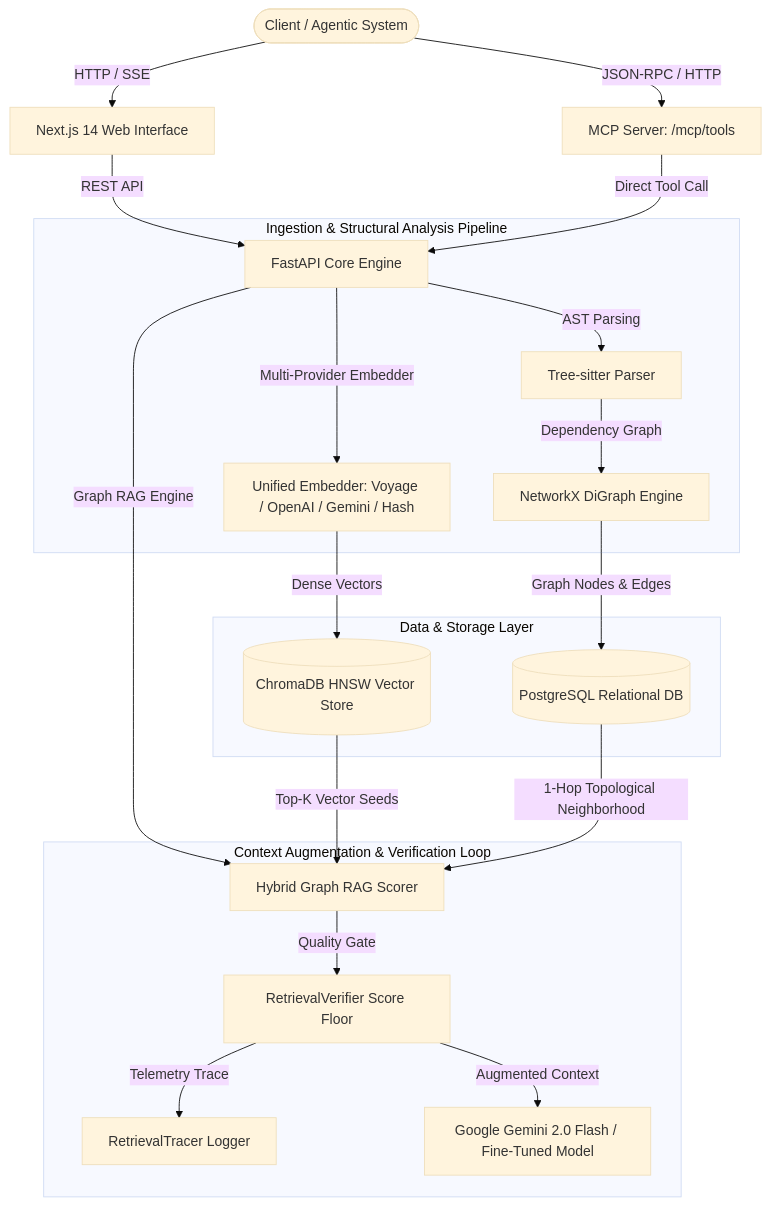
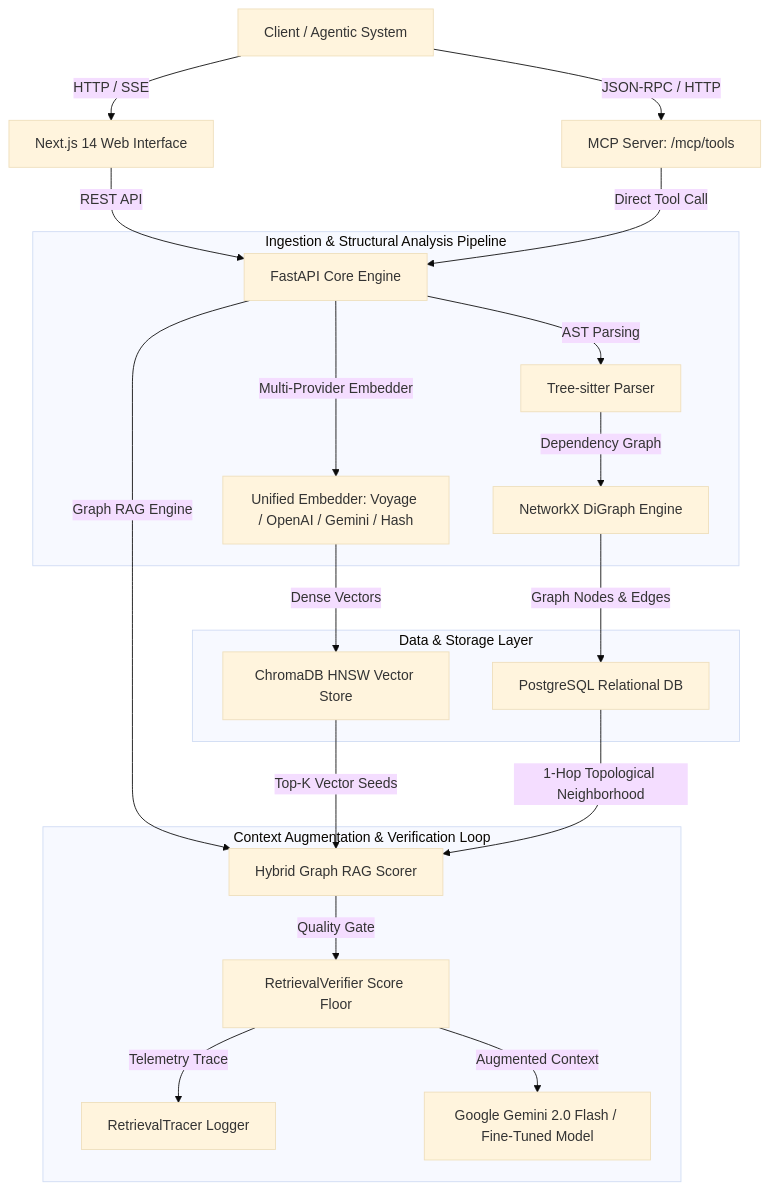
Before and after one commit to Gaurav711cgu/Codesage: the diagram in README.md, drawn with Mermaid (base theme). The commit also changed 1 other file, not shown here.

Commit message:
fix(ci): update Mermaid diagram quotes in README and configure Production CI Suite workflow

````diff
--- a/README.md
+++ b/README.md
@@ -83,28 +83,28 @@
 ```mermaid
 graph TD
-    User([Client / Agentic System]) -->|HTTP / SSE| Frontend[Next.js 14 Web Interface]
-    User -->|JSON-RPC / HTTP| MCPServer[MCP Server: /mcp/tools]
+    User["Client / Agentic System"] -->|"HTTP / SSE"| Frontend["Next.js 14 Web Interface"]
+    User -->|"JSON-RPC / HTTP"| MCPServer["MCP Server: /mcp/tools"]
     
-    Frontend -->|REST API| Backend[FastAPI Core Engine]
-    MCPServer -->|Direct Tool Call| Backend
+    Frontend -->|"REST API"| Backend["FastAPI Core Engine"]
+    MCPServer -->|"Direct Tool Call"| Backend
     
     subgraph Ingestion & Structural Analysis Pipeline
-        Backend -->|AST Parsing| TreeSitter[Tree-sitter Parser]
-        TreeSitter -->|Dependency Graph| CallGraph[NetworkX DiGraph Engine]
-        Backend -->|Multi-Provider Embedder| Embedder[Unified Embedder: Voyage / OpenAI / Gemini / Hash]
+        Backend -->|"AST Parsing"| TreeSitter["Tree-sitter Parser"]
+        TreeSitter -->|"Dependency Graph"| CallGraph["NetworkX DiGraph Engine"]
+        Backend -->|"Multi-Provider Embedder"| Embedder["Unified Embedder: Voyage / OpenAI / Gemini / Hash"]
     end
     
     subgraph Data & Storage Layer
-        Embedder -->|Dense Vectors| ChromaDB[(ChromaDB HNSW Vector Store)]
-        CallGraph -->|Graph Nodes & Edges| Postgres[(PostgreSQL Relational DB)]
+        Embedder -->|"Dense Vectors"| ChromaDB["ChromaDB HNSW Vector Store"]
+        CallGraph -->|"Graph Nodes & Edges"| Postgres["PostgreSQL Relational DB"]
     end
     
     subgraph Context Augmentation & Verification Loop
-        Backend -->|Graph RAG Engine| RAGScorer[Hybrid Graph RAG Scorer]
-        ChromaDB -->|Top-K Vector Seeds| RAGScorer
-        Postgres -->|1-Hop Topological Neighborhood| RAGScorer
-        RAGScorer -->|Quality Gate| Verifier[RetrievalVerifier Score Floor]
-        Verifier -->|Telemetry Trace| Tracer[RetrievalTracer Logger]
-        Verifier -->|Augmented Context| GeminiAPI[Google Gemini 2.0 Flash / Fine-Tuned Model]
+        Backend -->|"Graph RAG Engine"| RAGScorer["Hybrid Graph RAG Scorer"]
+        ChromaDB -->|"Top-K Vector Seeds"| RAGScorer
+        Postgres -->|"1-Hop Topological Neighborhood"| RAGScorer
+        RAGScorer -->|"Quality Gate"| Verifier["RetrievalVerifier Score Floor"]
+        Verifier -->|"Telemetry Trace"| Tracer["RetrievalTracer Logger"]
+        Verifier -->|"Augmented Context"| GeminiAPI["Google Gemini 2.0 Flash / Fine-Tuned Model"]
     end
 ```
````
